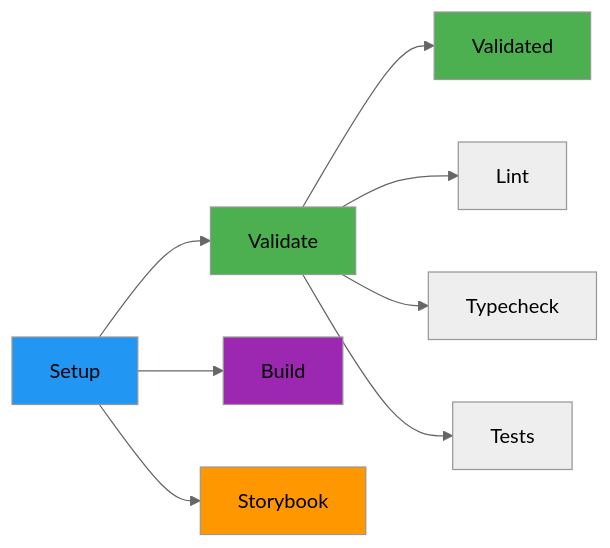
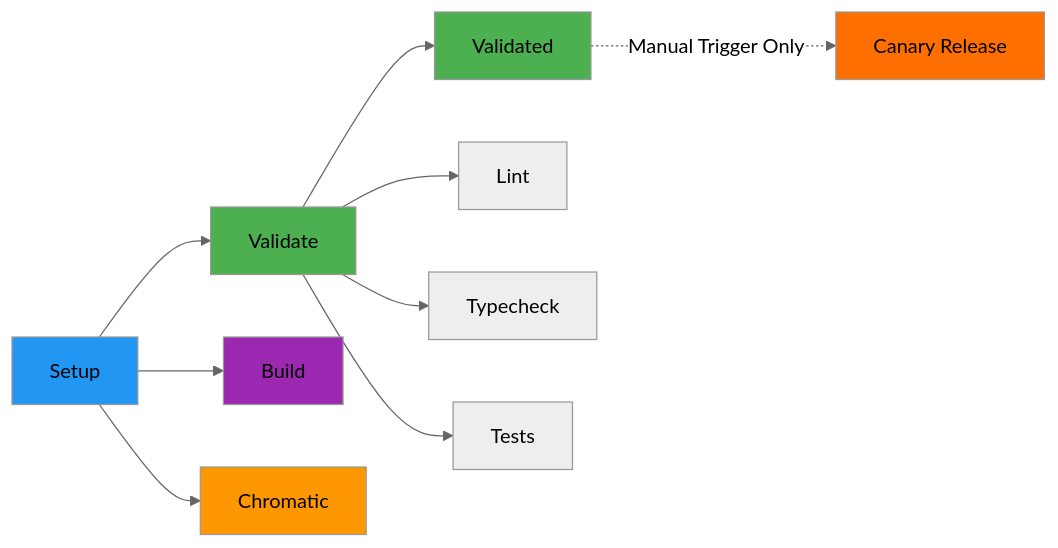
Before and after one commit to iress/design-system: the second of 5 diagrams in .github/WORKFLOWS.md, drawn with Mermaid (neutral theme). The commit also changed other lines of this file and 1 other file, not shown here.

Commit message:
fix: allow canaries from commit messages [canary:@iress-oss/ids-tokens]

````diff
--- a/.github/WORKFLOWS.md
+++ b/.github/WORKFLOWS.md
@@ -44,20 +47,22 @@
 ```mermaid
 graph LR
     A[Setup] --> B[Validate]
     A --> C[Build]
-    A --> D[Storybook]
+    A --> D[Chromatic]
     B --> E[Validated]
+    E -.->|Manual Trigger Only| F[Canary Release]
 
     B1[Lint]
     B2[Typecheck]
     B3[Tests]
     B --> B1
     B --> B2
     B --> B3
 
     style A fill:#2196F3
     style B fill:#4CAF50
     style C fill:#9C27B0
     style D fill:#FF9800
     style E fill:#4CAF50
+    style F fill:#FF6F00
 ```
````
